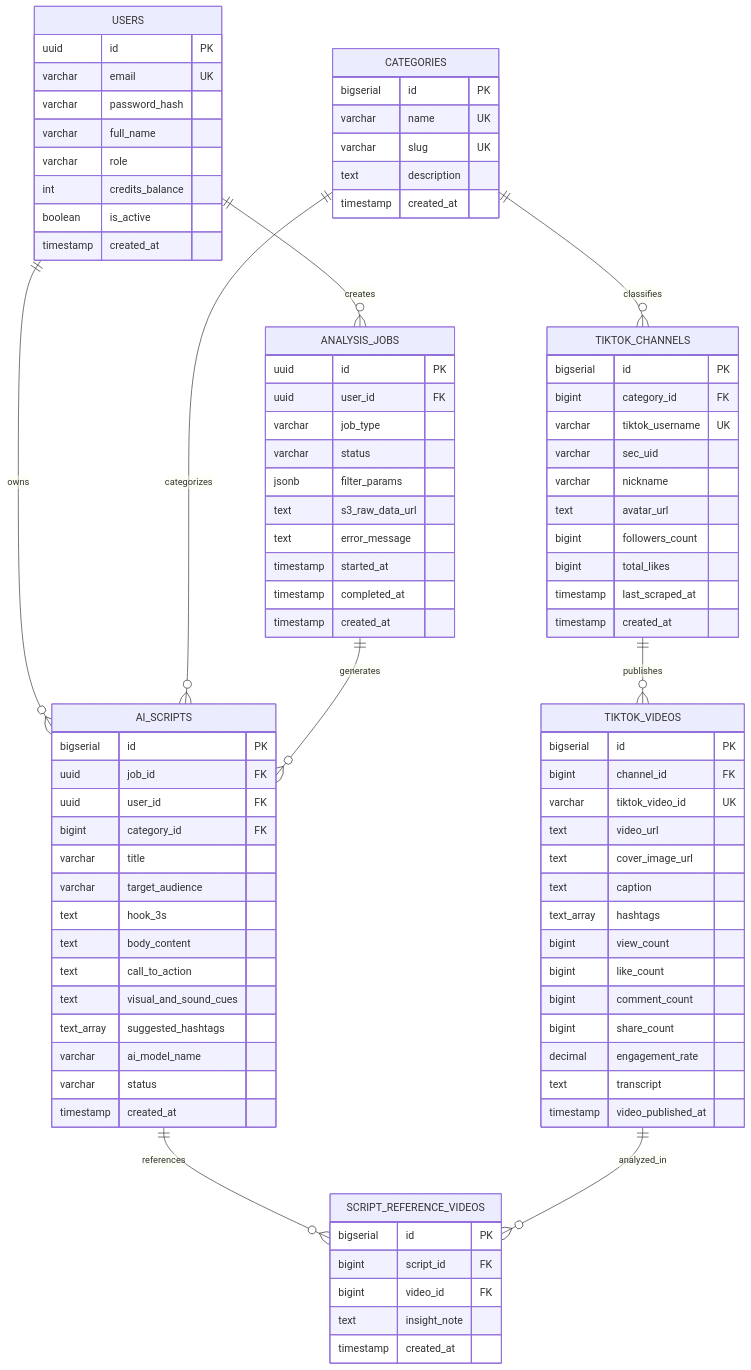
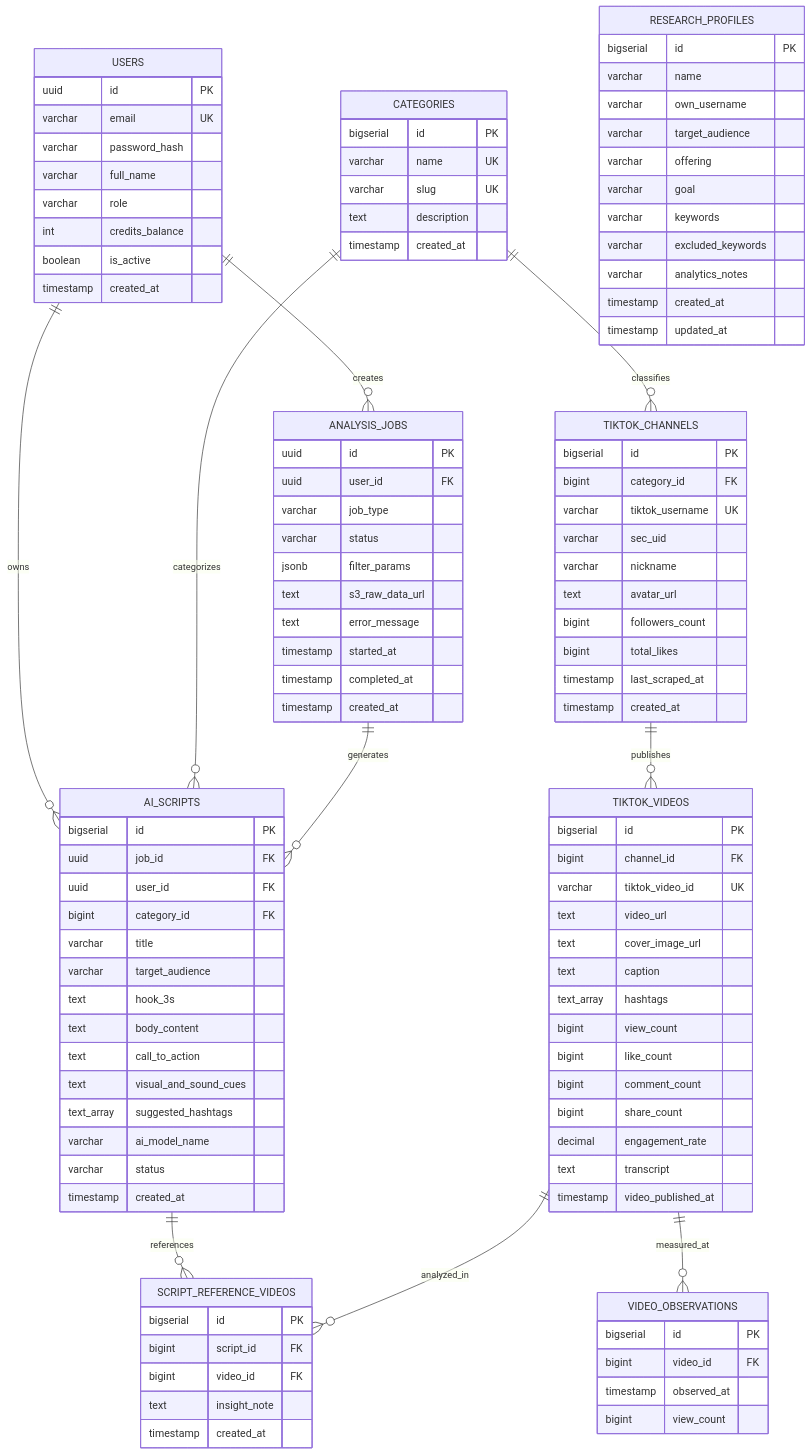
Before and after one commit to TonyDuongg/tiktok-content-intelligence: the diagram in docs/database/ERD.md, drawn with Mermaid. The commit also changed 30 other files, not shown here.

Commit message:
Add saved audience profiles and evidence-based channel insights

```diff
--- a/docs/database/ERD.md
+++ b/docs/database/ERD.md
@@ -9,6 +9,7 @@
     CATEGORIES ||--o{ TIKTOK_CHANNELS : "classifies"
     CATEGORIES ||--o{ AI_SCRIPTS : "categorizes"
     TIKTOK_CHANNELS ||--o{ TIKTOK_VIDEOS : "publishes"
+    TIKTOK_VIDEOS ||--o{ VIDEO_OBSERVATIONS : "measured_at"
     ANALYSIS_JOBS ||--o{ AI_SCRIPTS : "generates"
     AI_SCRIPTS ||--o{ SCRIPT_REFERENCE_VIDEOS : "references"
     TIKTOK_VIDEOS ||--o{ SCRIPT_REFERENCE_VIDEOS : "analyzed_in"
@@ -22,6 +23,27 @@
         int credits_balance
         boolean is_active
         timestamp created_at
+    }
+
+    RESEARCH_PROFILES {
+        bigserial id PK
+        varchar name
+        varchar own_username
+        varchar target_audience
+        varchar offering
+        varchar goal
+        varchar keywords
+        varchar excluded_keywords
+        varchar analytics_notes
+        timestamp created_at
+        timestamp updated_at
+    }
+
+    VIDEO_OBSERVATIONS {
+        bigserial id PK
+        bigint video_id FK
+        timestamp observed_at
+        bigint view_count
     }
 
     CATEGORIES {
```
